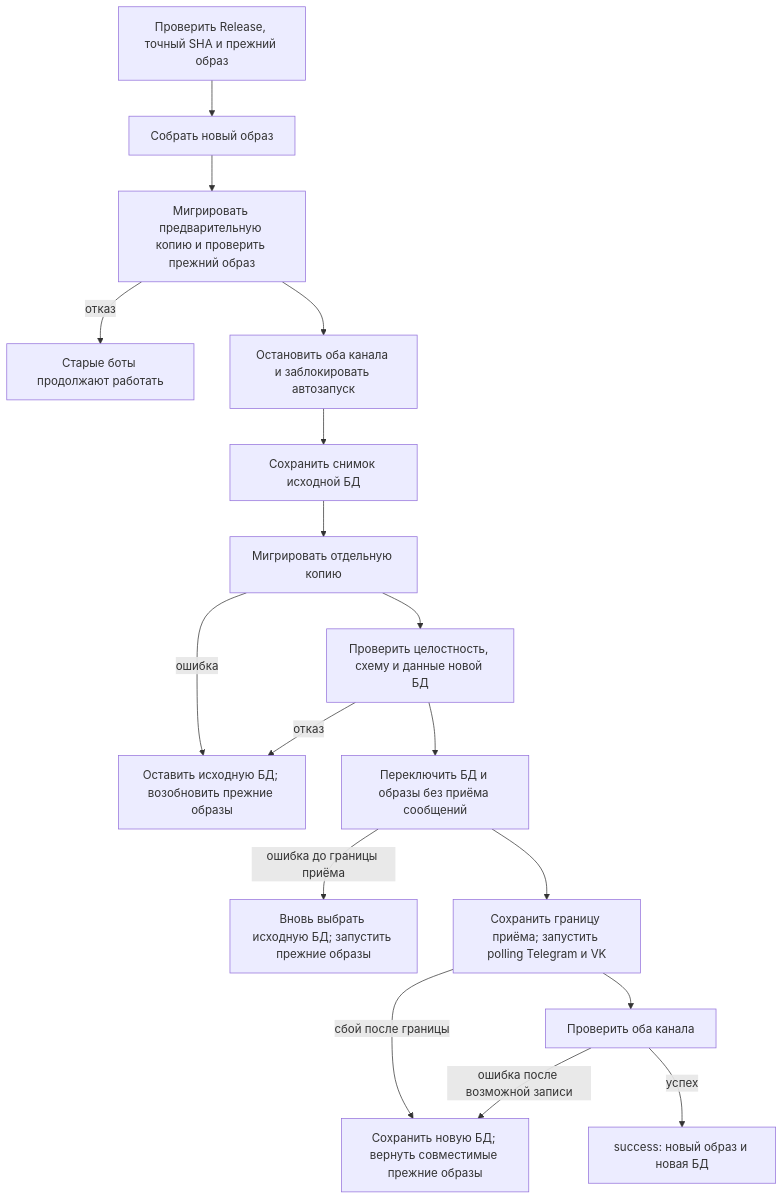
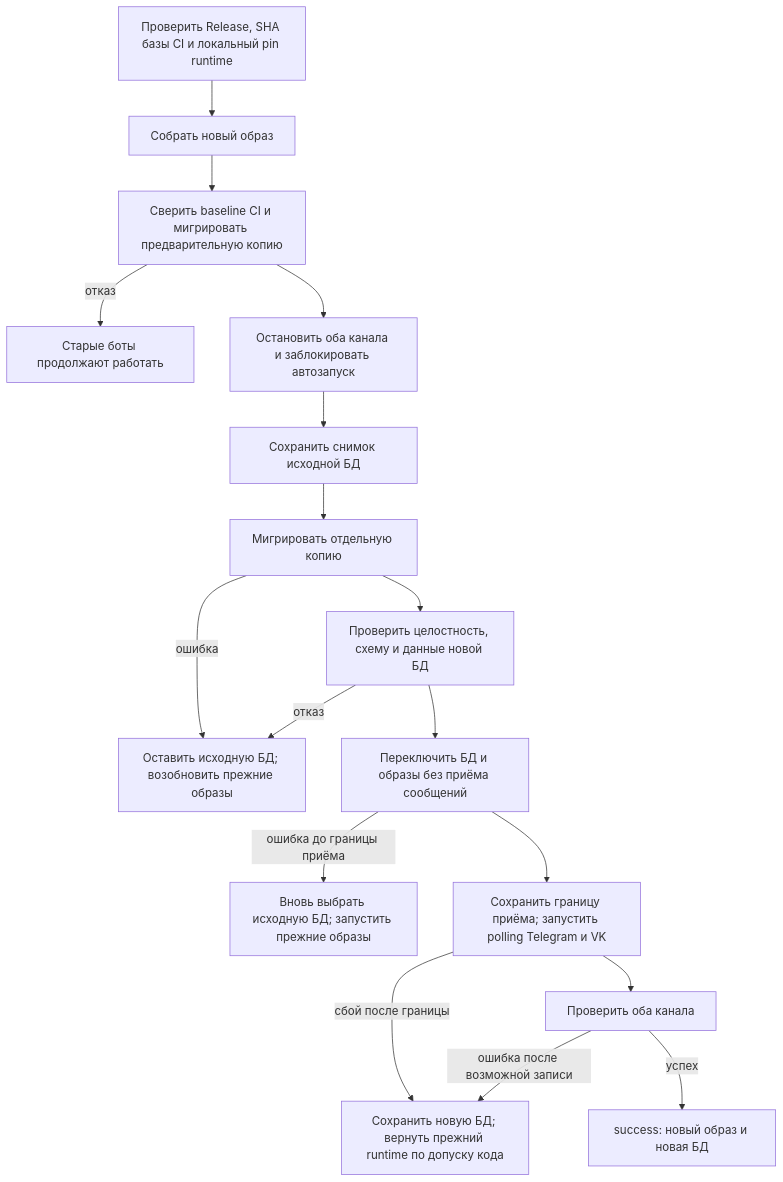
The second of 2 diagrams in docs/ci-release-review/PLAN.md (karateka-git/compadre-assistant), drawn with Mermaid before and after one commit. The commit also changed other lines of this file and 1 other file, not shown here.

````diff
--- a/docs/ci-release-review/PLAN.md
+++ b/docs/ci-release-review/PLAN.md
@@ -75,19 +77,19 @@
 ```mermaid
 flowchart TD
-    A[Проверить Release, точный SHA и прежний образ] --> B[Собрать новый образ]
-    B --> P[Мигрировать предварительную копию и проверить прежний образ]
+    A[Проверить Release, SHA базы CI и локальный pin runtime] --> B[Собрать новый образ]
+    B --> P[Сверить baseline CI и мигрировать предварительную копию]
     P -->|отказ| PREFAIL[Старые боты продолжают работать]
     P --> C[Остановить оба канала и заблокировать автозапуск]
     C --> D[Сохранить снимок исходной БД]
     D --> E[Мигрировать отдельную копию]
     E -->|ошибка| OLD[Оставить исходную БД; возобновить прежние образы]
     E --> F[Проверить целостность, схему и данные новой БД]
     F -->|отказ| OLD
     F --> G[Переключить БД и образы без приёма сообщений]
     G -->|ошибка до границы приёма| BACK[Вновь выбрать исходную БД; запустить прежние образы]
     G --> H[Сохранить границу приёма; запустить polling Telegram и VK]
-    H -->|сбой после границы| RET[Сохранить новую БД; вернуть совместимые прежние образы]
+    H -->|сбой после границы| RET[Сохранить новую БД; вернуть прежний runtime по допуску кода]
     H --> I[Проверить оба канала]
     I -->|успех| OK[success: новый образ и новая БД]
     I -->|ошибка после возможной записи| RET
 ```
````
